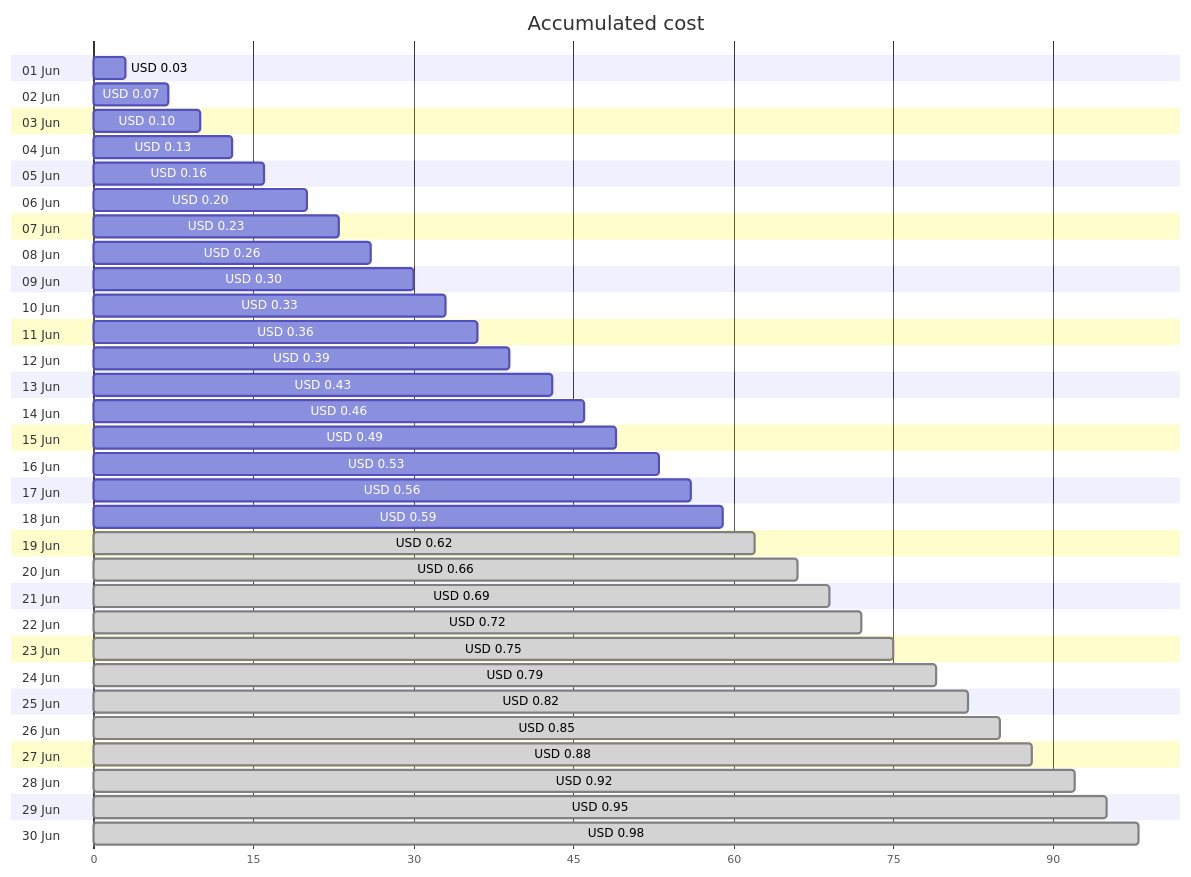
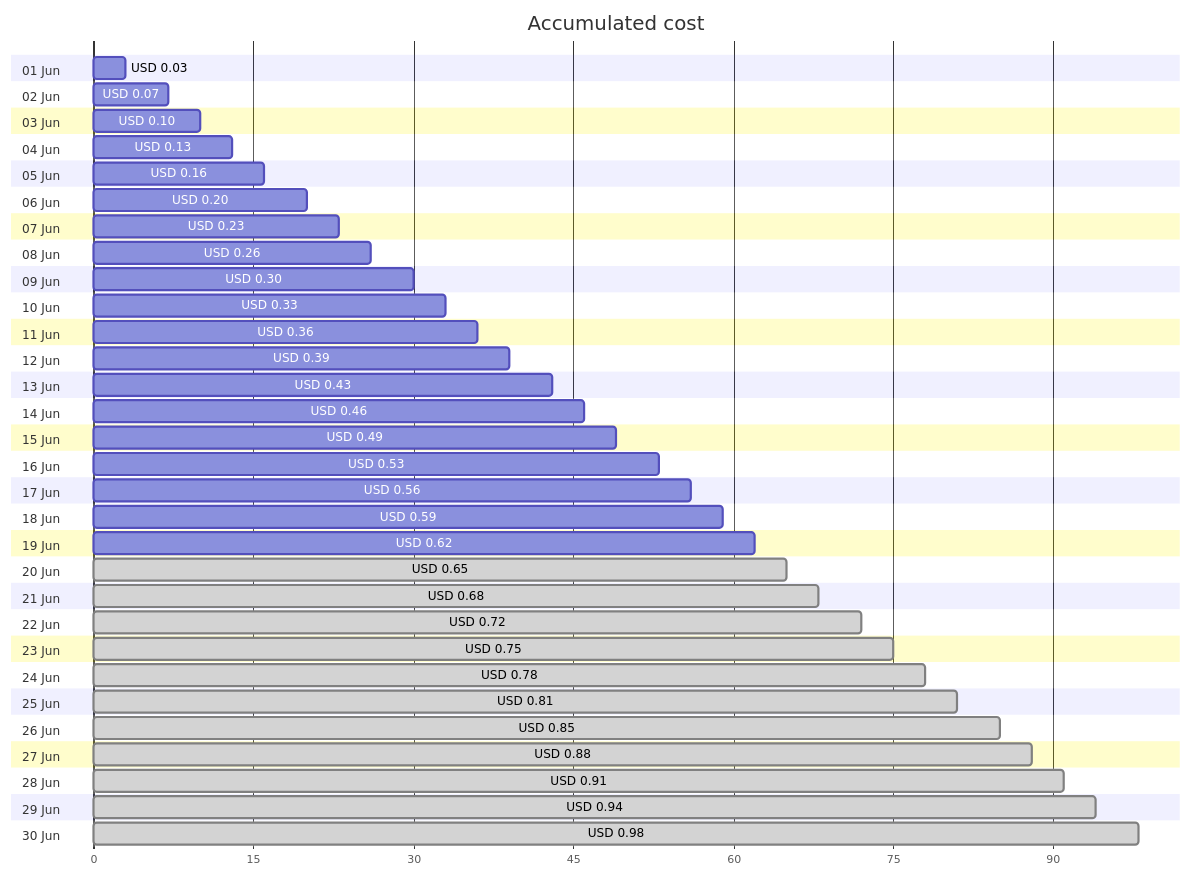
Before and after one commit to jpfulton/azure-personal-reports: the first of 4 diagrams in cost-reports/personal-dns/README.md, drawn with Mermaid. The commit also changed other lines of this file and 2 other files, not shown here.

````diff
--- a/cost-reports/personal-dns/README.md
+++ b/cost-reports/personal-dns/README.md
@@ -20,66 +20,66 @@
 ```mermaid
 gantt
    title Accumulated cost
    dateFormat  X
    axisFormat %s
    section 01 Jun
    USD 0.03 :0, 3
    section 02 Jun
    USD 0.07 :0, 7
    section 03 Jun
    USD 0.10 :0, 10
    section 04 Jun
    USD 0.13 :0, 13
    section 05 Jun
    USD 0.16 :0, 16
    section 06 Jun
    USD 0.20 :0, 20
    section 07 Jun
    USD 0.23 :0, 23
    section 08 Jun
    USD 0.26 :0, 26
    section 09 Jun
    USD 0.30 :0, 30
    section 10 Jun
    USD 0.33 :0, 33
    section 11 Jun
    USD 0.36 :0, 36
    section 12 Jun
    USD 0.39 :0, 39
    section 13 Jun
    USD 0.43 :0, 43
    section 14 Jun
    USD 0.46 :0, 46
    section 15 Jun
    USD 0.49 :0, 49
    section 16 Jun
    USD 0.53 :0, 53
    section 17 Jun
    USD 0.56 :0, 56
    section 18 Jun
    USD 0.59 :0, 59
    section 19 Jun
-   USD 0.62 : done, 0, 62
+   USD 0.62 :0, 62
    section 20 Jun
-   USD 0.66 : done, 0, 66
+   USD 0.65 : done, 0, 65
    section 21 Jun
-   USD 0.69 : done, 0, 69
+   USD 0.68 : done, 0, 68
    section 22 Jun
    USD 0.72 : done, 0, 72
    section 23 Jun
    USD 0.75 : done, 0, 75
    section 24 Jun
-   USD 0.79 : done, 0, 79
+   USD 0.78 : done, 0, 78
    section 25 Jun
-   USD 0.82 : done, 0, 82
+   USD 0.81 : done, 0, 81
    section 26 Jun
    USD 0.85 : done, 0, 85
    section 27 Jun
    USD 0.88 : done, 0, 88
    section 28 Jun
-   USD 0.92 : done, 0, 92
+   USD 0.91 : done, 0, 91
    section 29 Jun
-   USD 0.95 : done, 0, 95
+   USD 0.94 : done, 0, 94
    section 30 Jun
    USD 0.98 : done, 0, 98
 ```
````
